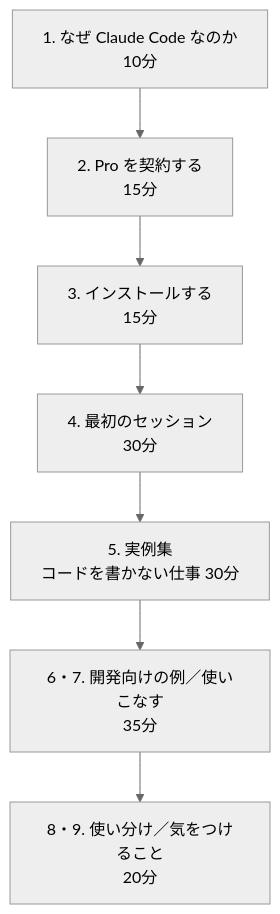
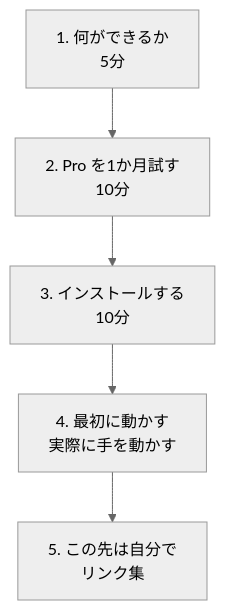
One commit to sun75bear/claudehowto changed the diagram in docs/index.md. Above: the diagram before and after it, drawn with Mermaid (neutral theme). The commit also changed other lines of this file and 18 other files, not shown here.

````diff
--- a/docs/index.md
+++ b/docs/index.md
@@ -41,9 +25,7 @@
 ```mermaid
 flowchart TD
-    A["1. なぜ Claude Code なのか<br>10分"] --> B["2. Pro を契約する<br>15分"]
-    B --> C["3. インストールする<br>15分"]
-    C --> D["4. 最初のセッション<br>30分"]
-    D --> E["5. 実例集<br>コードを書かない仕事 30分"]
-    E --> F["6・7. 開発向けの例／使いこなす<br>35分"]
-    F --> G["8・9. 使い分け／気をつけること<br>20分"]
+    A["1. 何ができるか<br>5分"] --> B["2. Pro を1か月試す<br>10分"]
+    B --> C["3. インストールする<br>10分"]
+    C --> D["4. 最初に動かす<br>実際に手を動かす"]
+    D --> E["5. この先は自分で<br>リンク集"]
 ```
````
